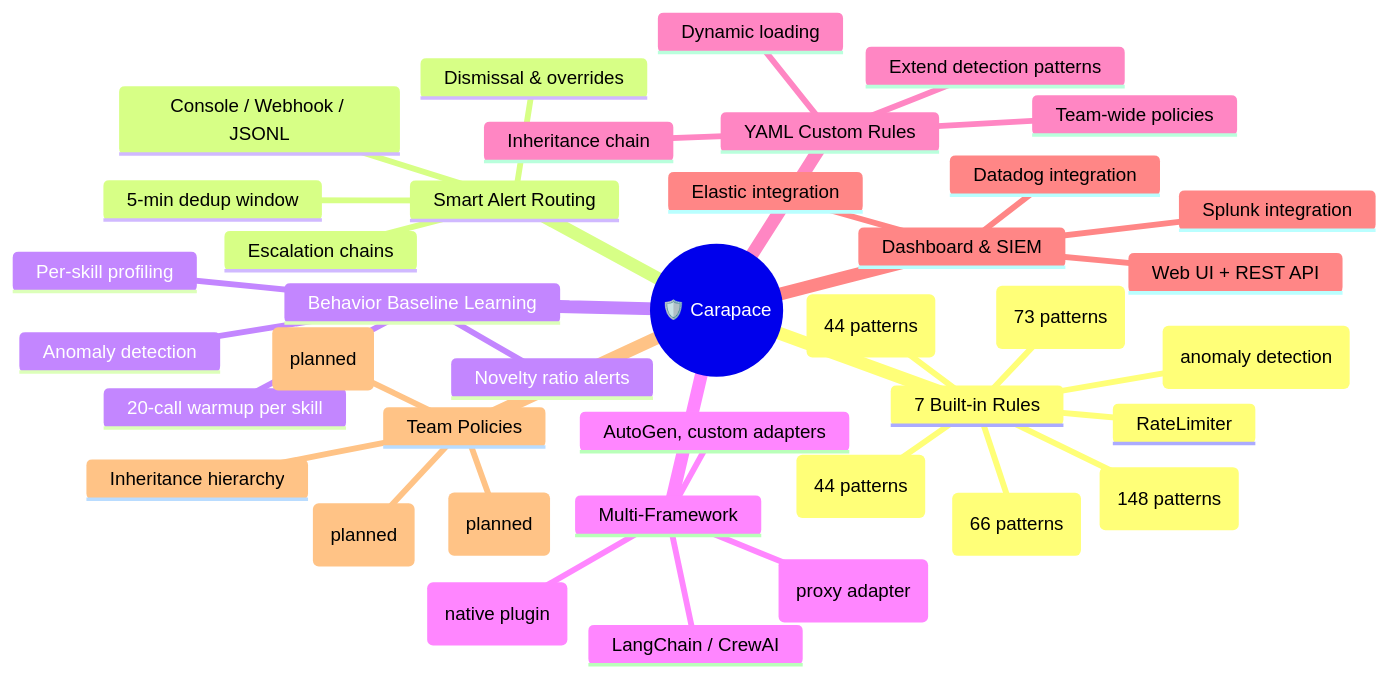
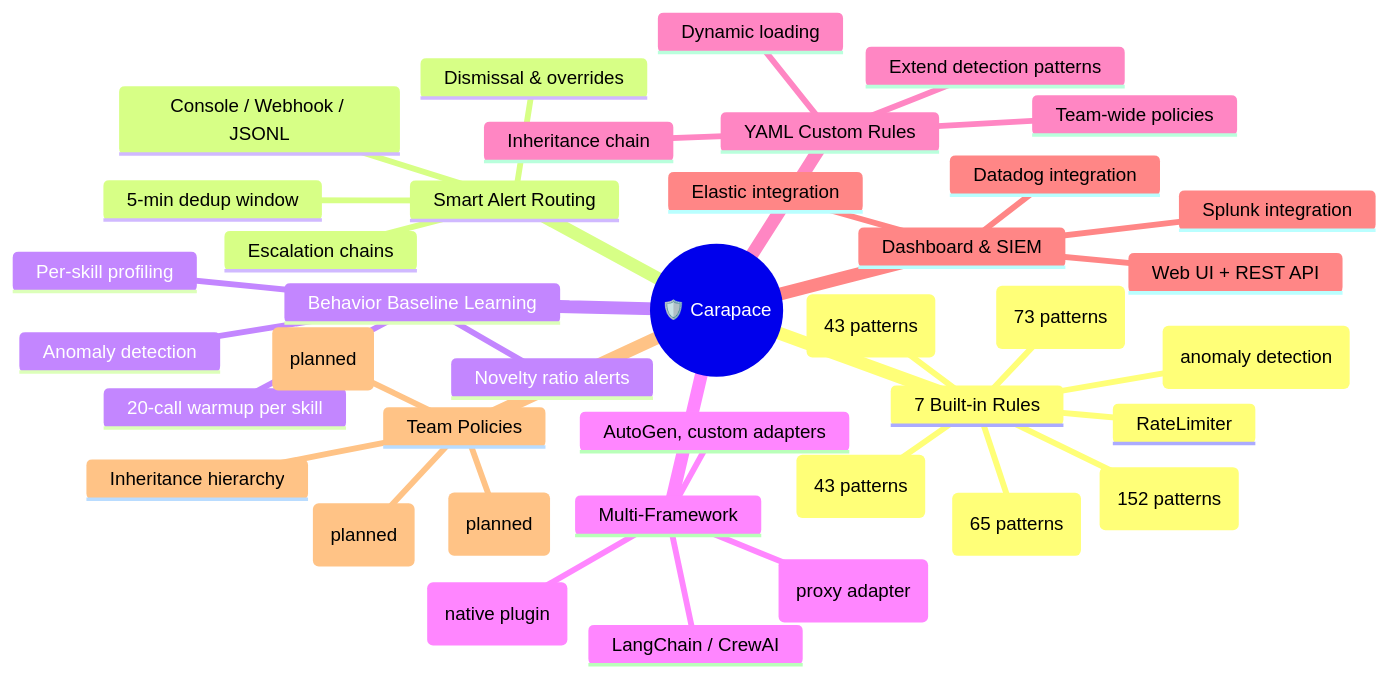
Before and after one commit to yeasy/carapace: the first of 4 diagrams in README.md, drawn with Mermaid. The commit also changed other lines of this file and 2 other files, not shown here.

````diff
--- a/README.md
+++ b/README.md
@@ -70,42 +70,42 @@
 ```mermaid
 mindmap
   root((🛡️ Carapace))
     7 Built-in Rules
-      ExecGuard (148 patterns)
+      ExecGuard (152 patterns)
       PathGuard (73 patterns)
-      NetworkGuard (44 patterns)
+      NetworkGuard (43 patterns)
       RateLimiter
-      PromptInjection (44 patterns)
-      DataExfil (66 patterns)
+      PromptInjection (43 patterns)
+      DataExfil (65 patterns)
       BaselineDrift (anomaly detection)
     Smart Alert Routing
       5-min dedup window
       Escalation chains
       Dismissal & overrides
       Console / Webhook / JSONL
     Behavior Baseline Learning
       20-call warmup per skill
       Per-skill profiling
       Anomaly detection
       Novelty ratio alerts
     Multi-Framework
       OpenClaw (native plugin)
       MCP (proxy adapter)
       LangChain / CrewAI
       AutoGen, custom adapters
     YAML Custom Rules
       Extend detection patterns
       Team-wide policies
       Inheritance chain
       Dynamic loading
     Dashboard & SIEM
       Web UI + REST API
       Splunk integration
       Elastic integration
       Datadog integration
     Team Policies
       Inheritance hierarchy
       Role-based access (planned)
       Policy versioning (planned)
       Audit logging (planned)
 ```
````
